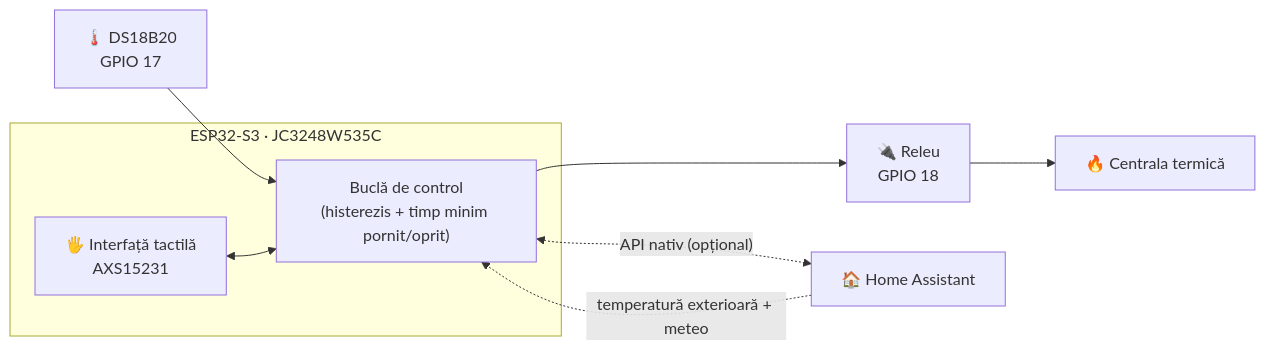
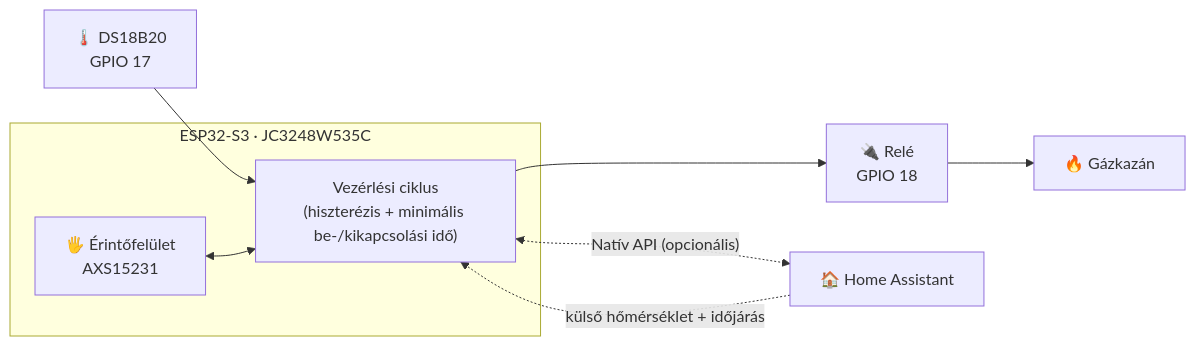
One commit to DaradiciLevente/jc3248w535c-esphome-termostat changed the diagram in README.hu.md. Above: the diagram before and after it, drawn with Mermaid. The commit also changed other lines of this file, not shown here.

Commit message:
Fix Hungarian translations in README.hu.md
Corrected Hungarian translations for architecture section and control flowchart.

````diff
--- a/README.hu.md
+++ b/README.hu.md
@@ -67,13 +67,13 @@
 ```mermaid
 flowchart LR
     S["🌡️ DS18B20<br/>GPIO 17"] --> C
     subgraph ESP["ESP32-S3 · JC3248W535C"]
-        C["Buclă de control<br/>(histerezis + timp minim pornit/oprit)"]
-        T["🖐️ Interfață tactilă<br/>AXS15231"]
+        C["Vezérlési ciklus<br/>(hiszterézis + minimális be-/kikapcsolási idő)"]
+        T["🖐️ Érintőfelület<br/>AXS15231"]
         T <--> C
     end
-    C --> R["🔌 Releu<br/>GPIO 18"]
-    R --> B["🔥 Centrala termică"]
-    C <-. "API nativ (opțional)" .-> HA["🏠 Home Assistant"]
-    HA -. "temperatură exterioară + meteo" .-> C
+    C --> R["🔌 Relé<br/>GPIO 18"]
+    R --> B["🔥 Gázkazán"]
+    C <-. "Natív API (opcionális)" .-> HA["🏠 Home Assistant"]
+    HA -. "külső hőmérséklet + időjárás" .-> C
 ```
````
